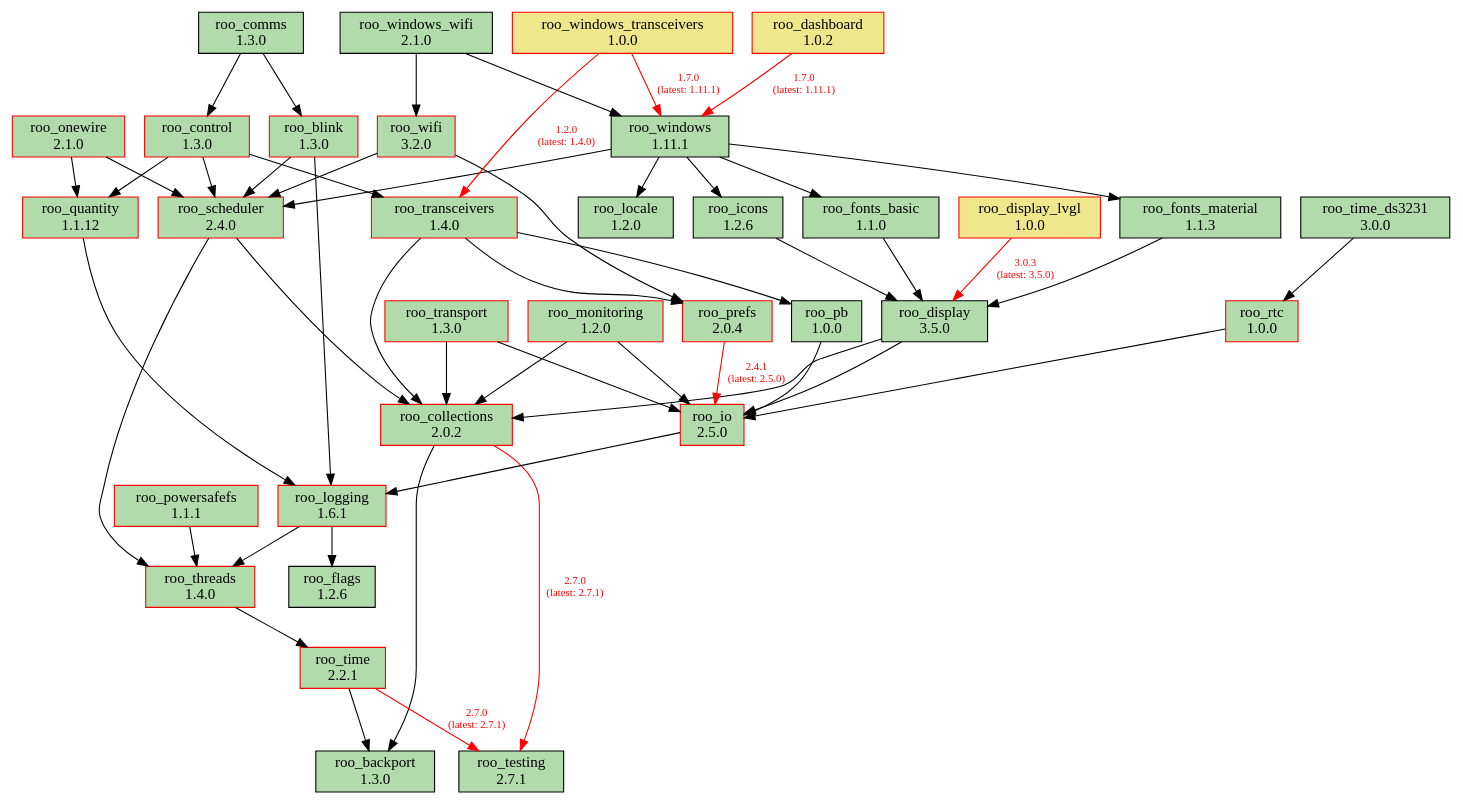
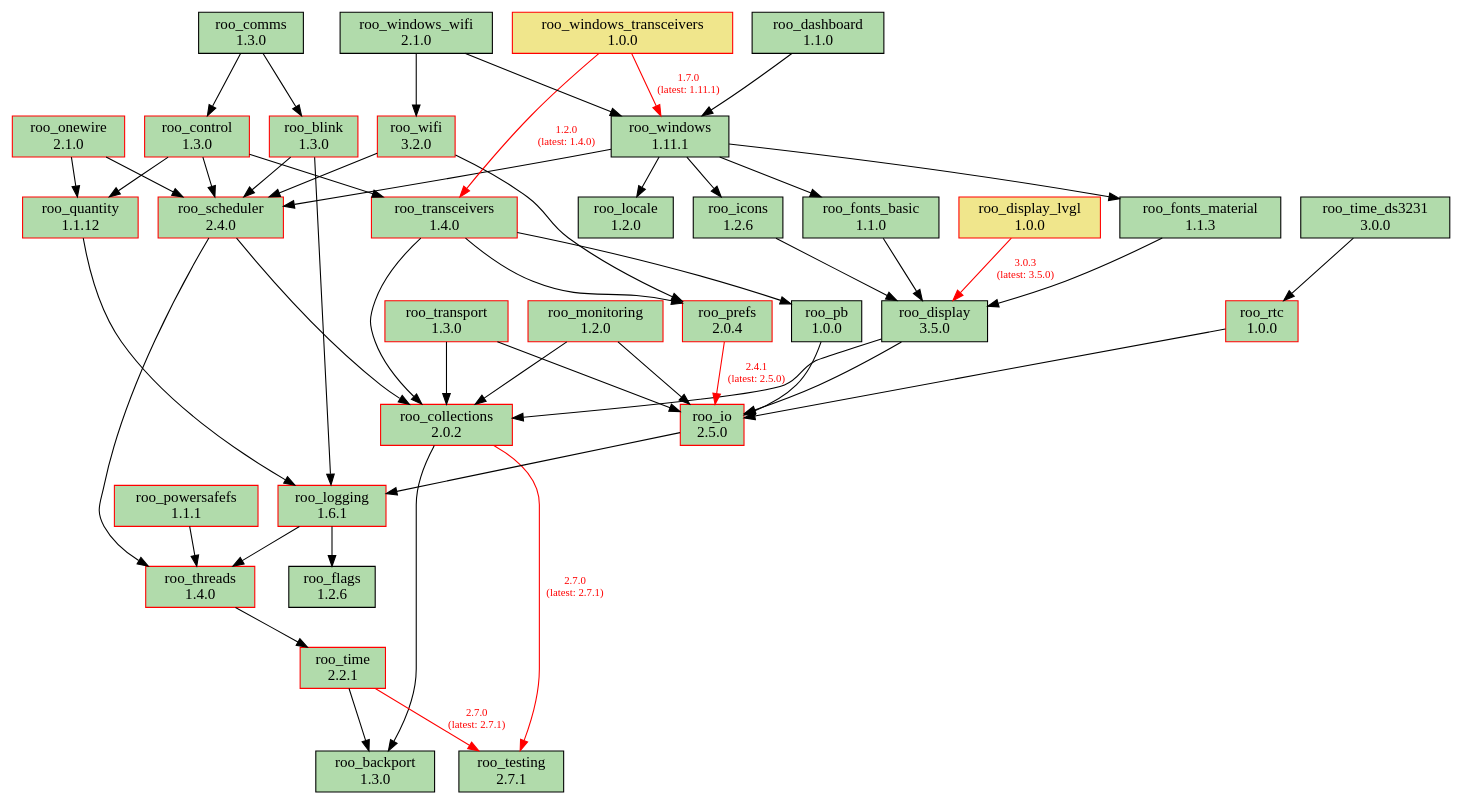
The diagram in doc/dependencies.dot (dejwk/roo-registry), drawn with Graphviz before and after one commit. The commit also changed 3 other files, not shown here.

Commit message:
Added roo_dashboard 1.1.0 to the registry.

```diff
--- a/doc/dependencies.dot
+++ b/doc/dependencies.dot
@@ -1,92 +1,92 @@
 digraph dependencies {
     rankdir=TB;
     node [shape=box, style=filled];
     edge [fontsize=10];
 
     // Modules
     "roo_backport" [label="roo_backport\n1.3.0", fillcolor="#b1dbab", color="black"];
     "roo_blink" [label="roo_blink\n1.3.0", fillcolor="#b1dbab", color="red"];
     "roo_collections" [label="roo_collections\n2.0.2", fillcolor="#b1dbab", color="red"];
     "roo_comms" [label="roo_comms\n1.3.0", fillcolor="#b1dbab", color="black"];
     "roo_control" [label="roo_control\n1.3.0", fillcolor="#b1dbab", color="red"];
-    "roo_dashboard" [label="roo_dashboard\n1.0.2", fillcolor="khaki", color="red"];
+    "roo_dashboard" [label="roo_dashboard\n1.1.0", fillcolor="#b1dbab", color="black"];
     "roo_display" [label="roo_display\n3.5.0", fillcolor="#b1dbab", color="black"];
     "roo_display_lvgl" [label="roo_display_lvgl\n1.0.0", fillcolor="khaki", color="red"];
     "roo_flags" [label="roo_flags\n1.2.6", fillcolor="#b1dbab", color="black"];
     "roo_fonts_basic" [label="roo_fonts_basic\n1.1.0", fillcolor="#b1dbab", color="black"];
     "roo_fonts_material" [label="roo_fonts_material\n1.1.3", fillcolor="#b1dbab", color="black"];
     "roo_icons" [label="roo_icons\n1.2.6", fillcolor="#b1dbab", color="black"];
     "roo_io" [label="roo_io\n2.5.0", fillcolor="#b1dbab", color="red"];
     "roo_locale" [label="roo_locale\n1.2.0", fillcolor="#b1dbab", color="black"];
     "roo_logging" [label="roo_logging\n1.6.1", fillcolor="#b1dbab", color="red"];
     "roo_monitoring" [label="roo_monitoring\n1.2.0", fillcolor="#b1dbab", color="red"];
     "roo_onewire" [label="roo_onewire\n2.1.0", fillcolor="#b1dbab", color="red"];
     "roo_pb" [label="roo_pb\n1.0.0", fillcolor="#b1dbab", color="black"];
     "roo_powersafefs" [label="roo_powersafefs\n1.1.1", fillcolor="#b1dbab", color="red"];
     "roo_prefs" [label="roo_prefs\n2.0.4", fillcolor="#b1dbab", color="red"];
     "roo_quantity" [label="roo_quantity\n1.1.12", fillcolor="#b1dbab", color="red"];
     "roo_rtc" [label="roo_rtc\n1.0.0", fillcolor="#b1dbab", color="red"];
     "roo_scheduler" [label="roo_scheduler\n2.4.0", fillcolor="#b1dbab", color="red"];
     "roo_testing" [label="roo_testing\n2.7.1", fillcolor="#b1dbab", color="black"];
     "roo_threads" [label="roo_threads\n1.4.0", fillcolor="#b1dbab", color="red"];
     "roo_time" [label="roo_time\n2.2.1", fillcolor="#b1dbab", color="red"];
     "roo_time_ds3231" [label="roo_time_ds3231\n3.0.0", fillcolor="#b1dbab", color="black"];
     "roo_transceivers" [label="roo_transceivers\n1.4.0", fillcolor="#b1dbab", color="red"];
     "roo_transport" [label="roo_transport\n1.3.0", fillcolor="#b1dbab", color="red"];
     "roo_wifi" [label="roo_wifi\n3.2.0", fillcolor="#b1dbab", color="red"];
     "roo_windows" [label="roo_windows\n1.11.1", fillcolor="#b1dbab", color="black"];
     "roo_windows_transceivers" [label="roo_windows_transceivers\n1.0.0", fillcolor="khaki", color="red"];
     "roo_windows_wifi" [label="roo_windows_wifi\n2.1.0", fillcolor="#b1dbab", color="black"];
 
     // Dependencies
     "roo_blink" -> "roo_logging";
     "roo_blink" -> "roo_scheduler";
     "roo_collections" -> "roo_testing" [color=red, fontcolor=red, label="2.7.0\n(latest: 2.7.1)"];
     "roo_collections" -> "roo_backport";
     "roo_comms" -> "roo_blink";
     "roo_comms" -> "roo_control";
     "roo_control" -> "roo_quantity";
     "roo_control" -> "roo_scheduler";
     "roo_control" -> "roo_transceivers";
-    "roo_dashboard" -> "roo_windows" [color=red, fontcolor=red, label="1.7.0\n(latest: 1.11.1)"];
+    "roo_dashboard" -> "roo_windows";
     "roo_display" -> "roo_collections";
     "roo_display" -> "roo_io";
     "roo_display_lvgl" -> "roo_display" [color=red, fontcolor=red, label="3.0.3\n(latest: 3.5.0)"];
     "roo_fonts_basic" -> "roo_display";
     "roo_fonts_material" -> "roo_display";
     "roo_icons" -> "roo_display";
     "roo_io" -> "roo_logging";
     "roo_logging" -> "roo_flags";
     "roo_logging" -> "roo_threads";
     "roo_monitoring" -> "roo_collections";
     "roo_monitoring" -> "roo_io";
     "roo_onewire" -> "roo_scheduler";
     "roo_onewire" -> "roo_quantity";
     "roo_pb" -> "roo_io";
     "roo_powersafefs" -> "roo_threads";
     "roo_prefs" -> "roo_io" [color=red, fontcolor=red, label="2.4.1\n(latest: 2.5.0)"];
     "roo_quantity" -> "roo_logging";
     "roo_rtc" -> "roo_io";
     "roo_scheduler" -> "roo_collections";
     "roo_scheduler" -> "roo_threads";
     "roo_threads" -> "roo_time";
     "roo_time" -> "roo_testing" [color=red, fontcolor=red, label="2.7.0\n(latest: 2.7.1)"];
     "roo_time" -> "roo_backport";
     "roo_time_ds3231" -> "roo_rtc";
     "roo_transceivers" -> "roo_pb";
     "roo_transceivers" -> "roo_collections";
     "roo_transceivers" -> "roo_prefs";
     "roo_transport" -> "roo_collections";
     "roo_transport" -> "roo_io";
     "roo_wifi" -> "roo_prefs";
     "roo_wifi" -> "roo_scheduler";
     "roo_windows" -> "roo_fonts_basic";
     "roo_windows" -> "roo_fonts_material";
     "roo_windows" -> "roo_locale";
     "roo_windows" -> "roo_icons";
     "roo_windows" -> "roo_scheduler";
     "roo_windows_transceivers" -> "roo_transceivers" [color=red, fontcolor=red, label="1.2.0\n(latest: 1.4.0)"];
     "roo_windows_transceivers" -> "roo_windows" [color=red, fontcolor=red, label="1.7.0\n(latest: 1.11.1)"];
     "roo_windows_wifi" -> "roo_wifi";
     "roo_windows_wifi" -> "roo_windows";
 }
```
